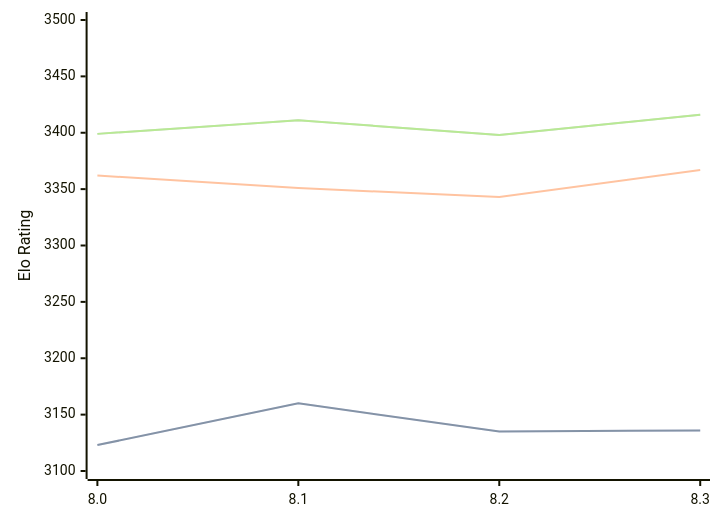
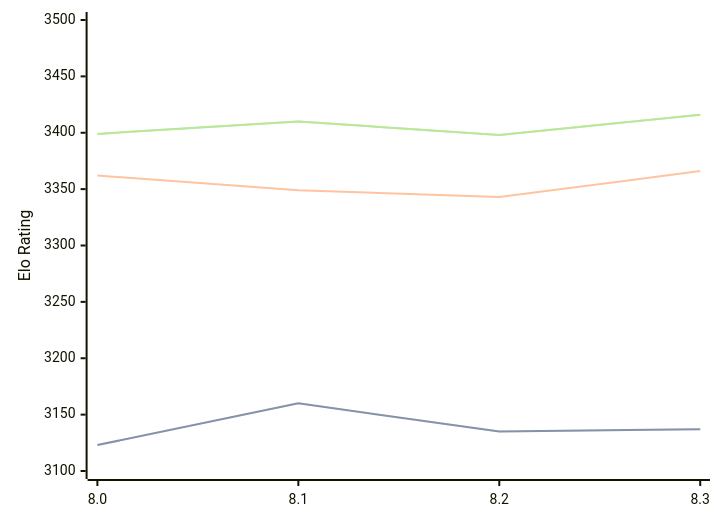
Before and after one commit to computer-chess-index/cci: the diagram in engines/Alexander.md, drawn with Mermaid. The commit also changed other lines of this file, not shown here.

Commit message:
Update CCI Ratings (ELO VLTC) - 2026-06-10

````diff
--- a/engines/Alexander.md
+++ b/engines/Alexander.md
@@ -48,11 +48,11 @@
 ```mermaid
 %%{init: {"theme":"base","themeVariables":{"seriesColors:['#a3a3a3','#222221','#faa371']}}}%%
 xychart-beta
   x-axis ["8.0", "8.1", "8.2", "8.3"]
   y-axis "Elo Rating" 3100 --> 3500
-  line "STC (8.0+0.08s)" [3123, 3160, 3135, 3136]
-  line "STC (8.0+0.08s)" [3123, 3160, 3135, 3136]
-  line "LTC (60.0+0.60s)" [3362, 3351, 3343, 3367]
-  line "VLTC (2m24s+1.12s)" [3399, 3411, 3398, 3416]
-  line "VLTC (2m24s+1.12s)" [3399, 3411, 3398, 3416]
+  line "STC (8.0+0.08s)" [3123, 3160, 3135, 3137]
+  line "STC (8.0+0.08s)" [3123, 3160, 3135, 3137]
+  line "LTC (60.0+0.60s)" [3362, 3349, 3343, 3366]
+  line "VLTC (2m24s+1.12s)" [3399, 3410, 3398, 3416]
+  line "VLTC (2m24s+1.12s)" [3399, 3410, 3398, 3416]
 ```
````
